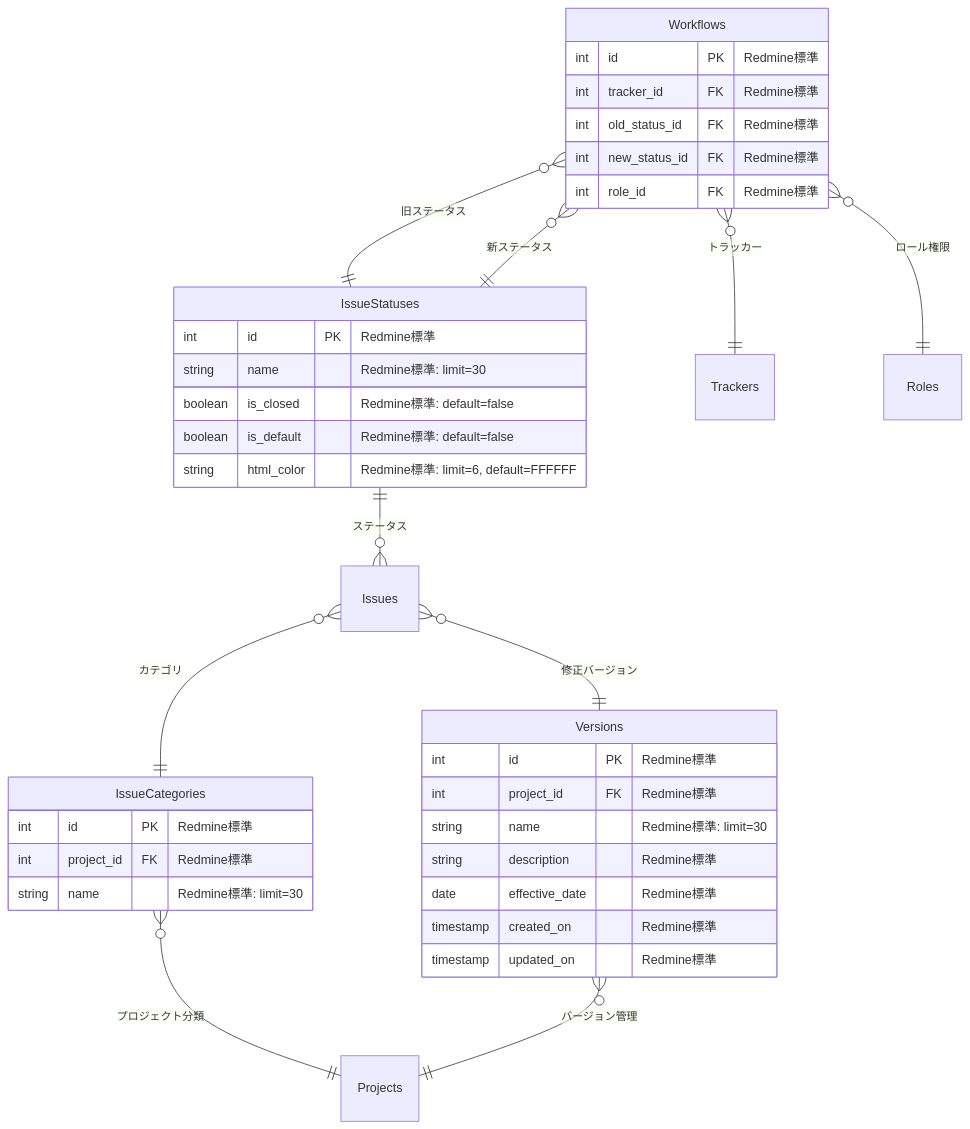
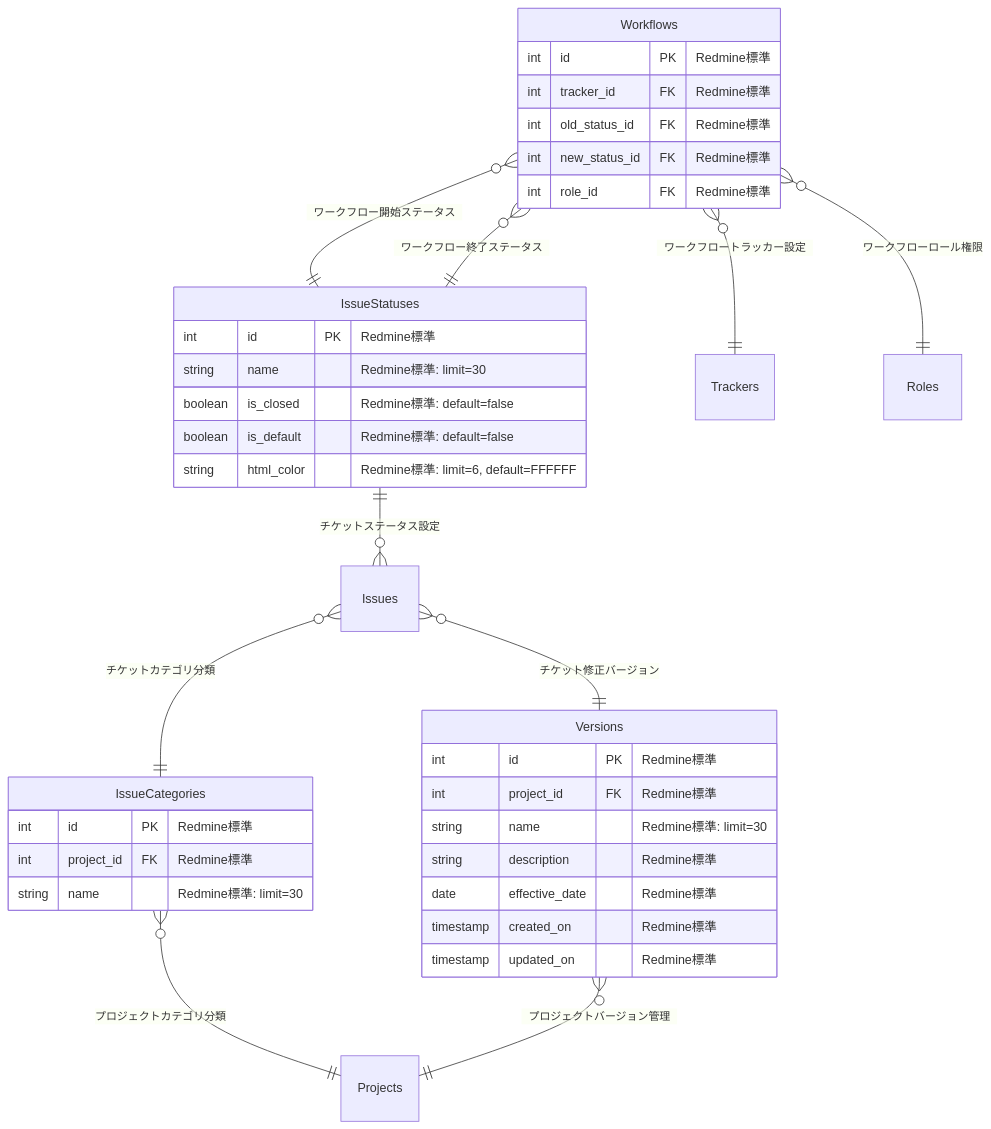
The seventh of 29 diagrams in docs/030000_設計/035000_データ設計/035010_ER図.md (daichiTAAA/AgentOpsPlatform), drawn with Mermaid before and after one commit. The commit also changed other lines of this file, not shown here.

````diff
--- a/docs/030000_設計/035000_データ設計/035010_ER図.md
+++ b/docs/030000_設計/035000_データ設計/035010_ER図.md
@@ -295,45 +437,45 @@
 ```mermaid
 erDiagram
     IssueStatuses {
         int id PK "Redmine標準"
         string name "Redmine標準: limit=30"
         boolean is_closed "Redmine標準: default=false"
         boolean is_default "Redmine標準: default=false"
         string html_color "Redmine標準: limit=6, default=FFFFFF"
     }
     
     IssueCategories {
         int id PK "Redmine標準"
         int project_id FK "Redmine標準"
         string name "Redmine標準: limit=30"
     }
     
     Versions {
         int id PK "Redmine標準"
         int project_id FK "Redmine標準"
         string name "Redmine標準: limit=30"
         string description "Redmine標準"
         date effective_date "Redmine標準"
         timestamp created_on "Redmine標準"
         timestamp updated_on "Redmine標準"
     }
     
     Workflows {
         int id PK "Redmine標準"
         int tracker_id FK "Redmine標準"
         int old_status_id FK "Redmine標準"
         int new_status_id FK "Redmine標準"
         int role_id FK "Redmine標準"
     }
     
     %% 関係性
-    IssueCategories }o--|| Projects : "プロジェクト分類"
-    Versions }o--|| Projects : "バージョン管理"
-    IssueStatuses ||--o{ Issues : "ステータス"
-    Issues }o--|| IssueCategories : "カテゴリ"
-    Issues }o--|| Versions : "修正バージョン"
-    Workflows }o--|| Trackers : "トラッカー"
-    Workflows }o--|| IssueStatuses : "旧ステータス"
-    Workflows }o--|| IssueStatuses : "新ステータス"
-    Workflows }o--|| Roles : "ロール権限"
+    IssueCategories }o--|| Projects : "プロジェクトカテゴリ分類"
+    Versions }o--|| Projects : "プロジェクトバージョン管理"
+    IssueStatuses ||--o{ Issues : "チケットステータス設定"
+    Issues }o--|| IssueCategories : "チケットカテゴリ分類"
+    Issues }o--|| Versions : "チケット修正バージョン"
+    Workflows }o--|| Trackers : "ワークフロートラッカー設定"
+    Workflows }o--|| IssueStatuses : "ワークフロー開始ステータス"
+    Workflows }o--|| IssueStatuses : "ワークフロー終了ステータス"
+    Workflows }o--|| Roles : "ワークフローロール権限"
 ```
````
